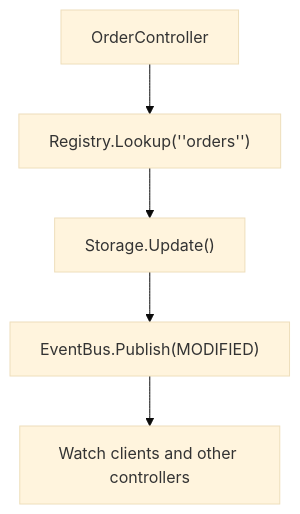
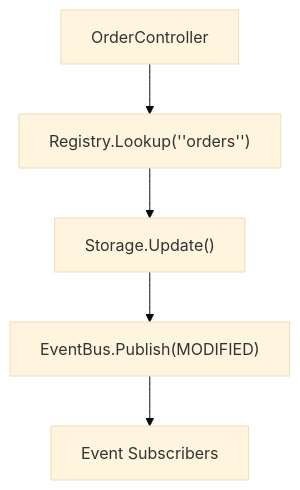
Diagram 21 of 23 in BOOK.md (pergus/api-server), drawn with Mermaid (base theme) before and after one commit. The commit also changed other lines of this file, not shown here.

Commit message:
Fixed Listing/Figure numbering

````diff
--- a/BOOK.md
+++ b/BOOK.md
@@ -9776,7 +9790,7 @@
 ```mermaid
 flowchart TD
     A["OrderController"] --> B["Registry.Lookup(''orders'')"]
     B --> C["Storage.Update()"]
     C --> D["EventBus.Publish(MODIFIED)"]
-    D --> E["Watch clients and other controllers"]
+    D --> E["Event Subscribers"]
 ```
````
